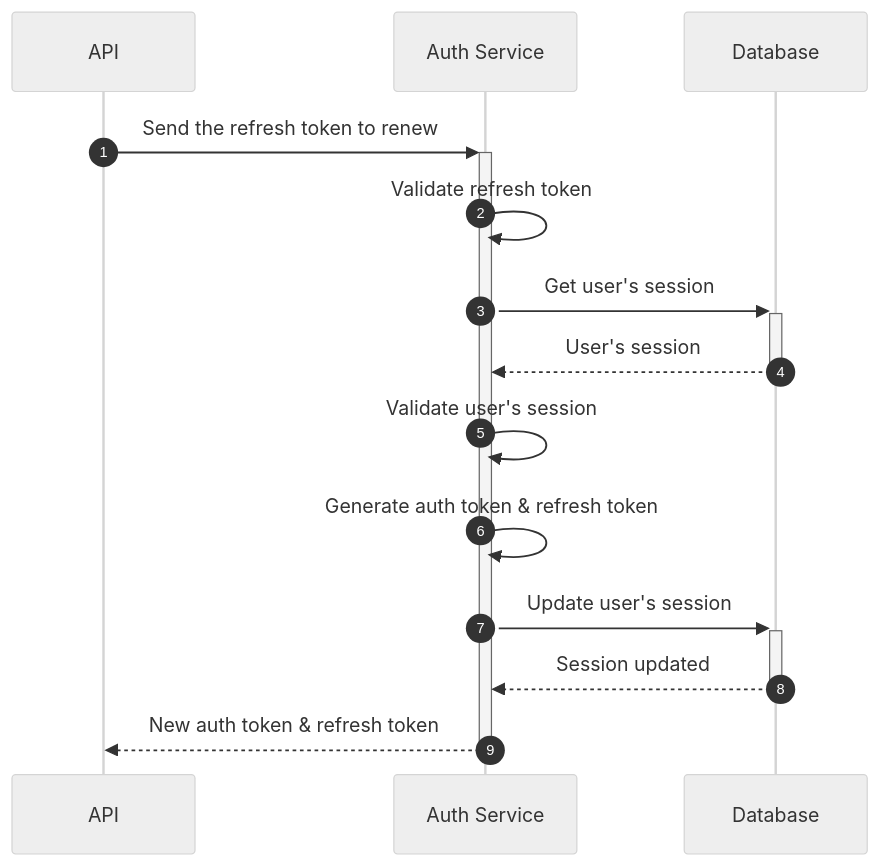
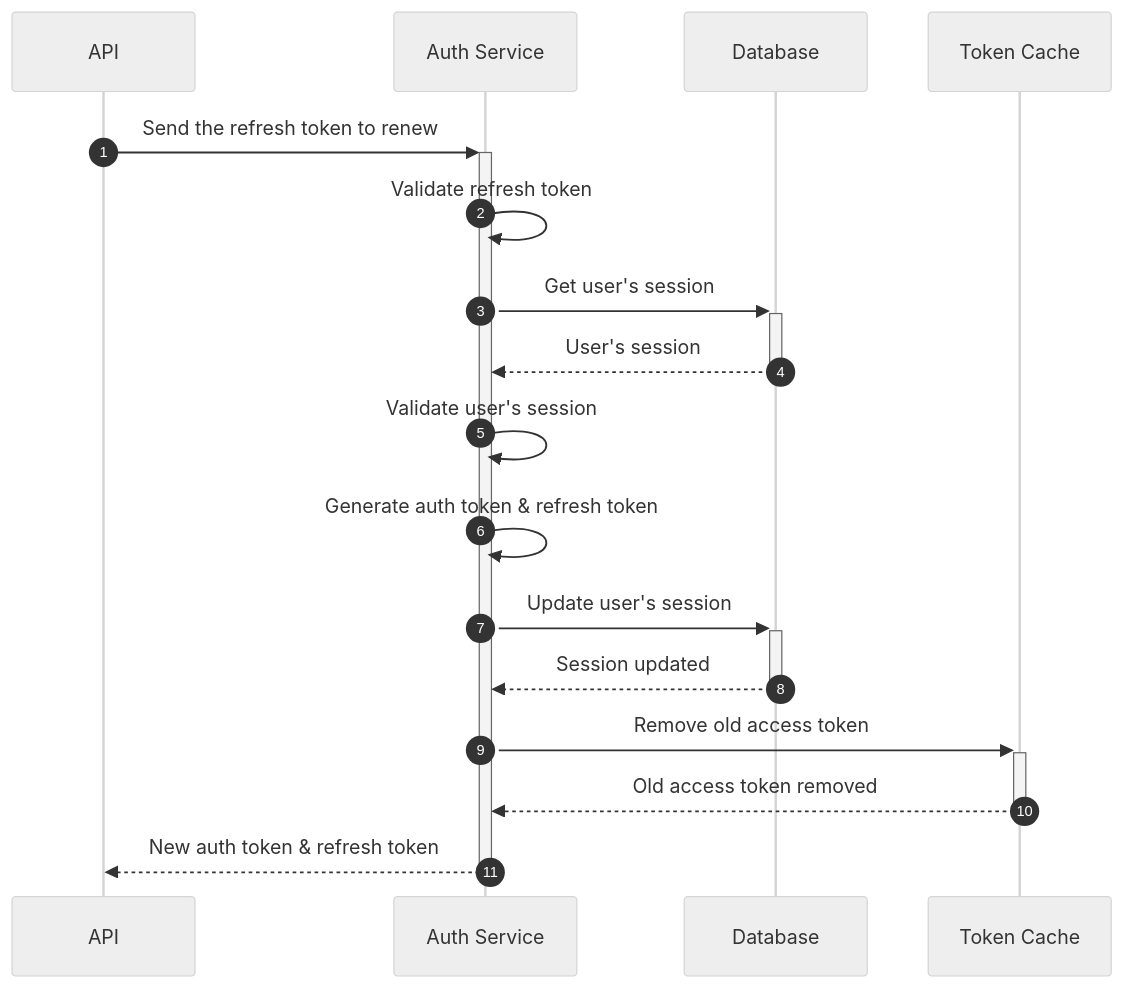
The fourth of 5 diagrams in auth/README.md (escalopa/fingo), drawn with Mermaid (neutral theme) before and after one commit. The commit also changed 1 other file, not shown here.

````diff
--- a/auth/README.md
+++ b/auth/README.md
@@ -90,13 +90,15 @@
 ```mermaid
 sequenceDiagram
     autonumber
     API->>+Auth Service: Send the refresh token to renew
     Auth Service->>Auth Service: Validate refresh token
     Auth Service->>+Database: Get user's session
     Database-->>-Auth Service: User's session
     Auth Service->>Auth Service: Validate user's session
     Auth Service->>Auth Service: Generate auth token & refresh token
     Auth Service->>+Database: Update user's session
     Database-->>-Auth Service: Session updated
+    Auth Service->>+Token Cache: Remove old access token
+    Token Cache-->>-Auth Service: Old access token removed
     Auth Service-->>-API: New auth token & refresh token
 ```
````
